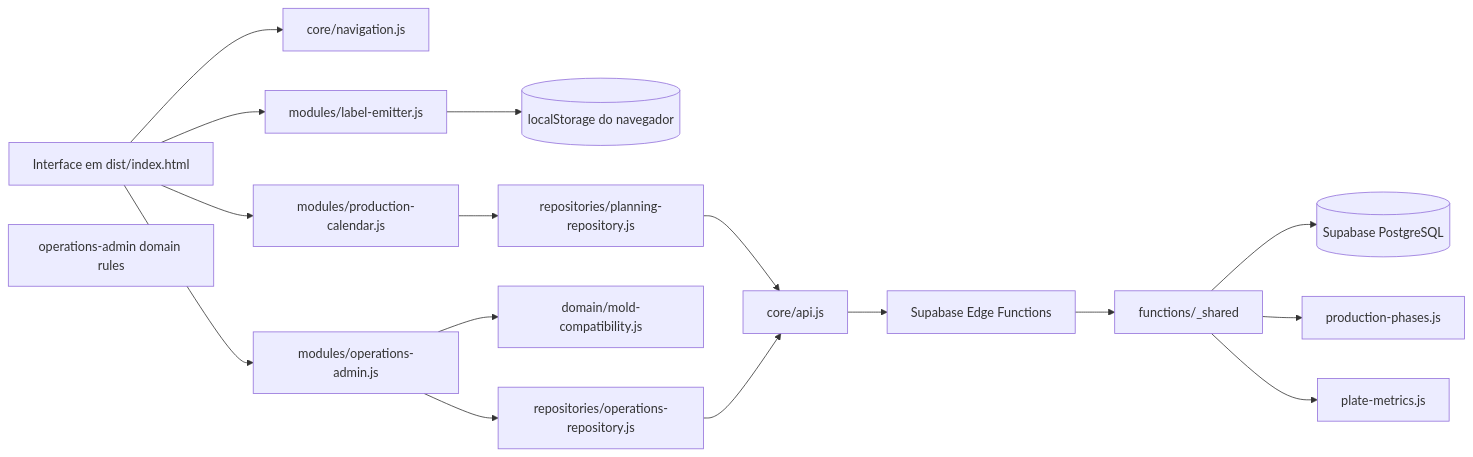
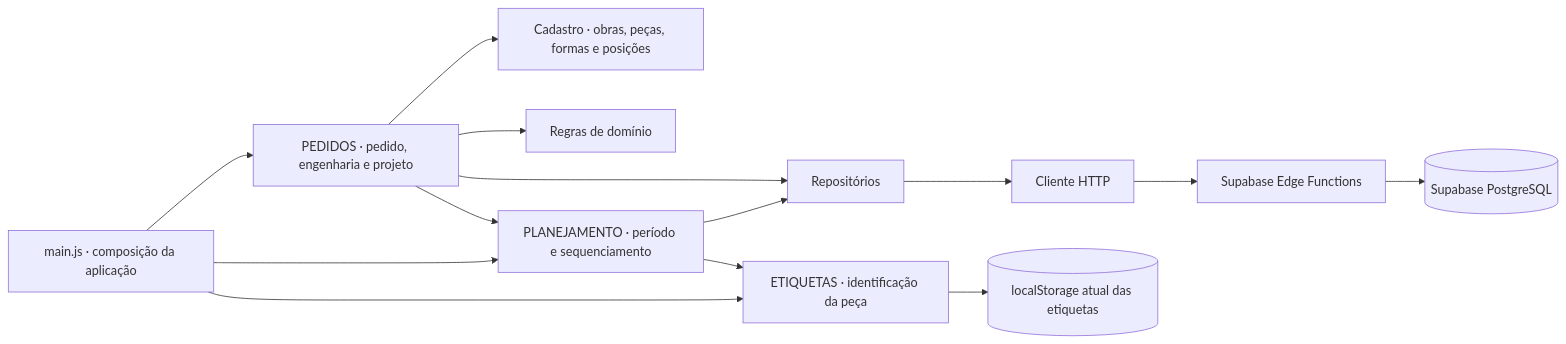
One commit to Prelux-Eng/preluxtag changed the diagram in docs/ARCHITECTURE.md. Above: the diagram before and after it, drawn with Mermaid. The commit also changed other lines of this file and 31 other files, not shown here.

````diff
--- a/docs/ARCHITECTURE.md
+++ b/docs/ARCHITECTURE.md
@@ -7,35 +29,28 @@
 ```mermaid
 flowchart LR
-  UI[Interface em dist/index.html]
-  NAV[core/navigation.js]
-  LABEL[modules/label-emitter.js]
-  PLAN[modules/production-calendar.js]
-  OPS[modules/operations-admin.js]
-  DOMAIN[domain/mold-compatibility.js]
-  OPSDOM[operations-admin domain rules]
-  PREPO[repositories/planning-repository.js]
-  OREPO[repositories/operations-repository.js]
-  API[core/api.js]
+  MAIN[main.js · composição da aplicação]
+  ORDERS[PEDIDOS · pedido, engenharia e projeto]
+  CADASTRO[Cadastro · obras, peças, formas e posições]
+  PLAN[PLANEJAMENTO · período e sequenciamento]
+  LABEL[ETIQUETAS · identificação da peça]
+  DOMAIN[Regras de domínio]
+  REPOS[Repositórios]
+  API[Cliente HTTP]
   EDGE[Supabase Edge Functions]
-  SHARED[functions/_shared]
-  PHASES[production-phases.js]
-  PLATE[plate-metrics.js]
   DB[(Supabase PostgreSQL)]
-  LOCAL[(localStorage do navegador)]
+  LOCAL[(localStorage atual das etiquetas)]
 
-  UI --> NAV
-  UI --> LABEL
-  UI --> PLAN
-  UI --> OPS
-  OPS --> DOMAIN
-  PLAN --> PREPO
-  OPS --> OREPO
-  PREPO --> API
-  OREPO --> API
+  MAIN --> ORDERS
+  MAIN --> PLAN
+  MAIN --> LABEL
+  ORDERS --> CADASTRO
+  ORDERS --> DOMAIN
+  PLAN --> REPOS
+  ORDERS --> REPOS
+  REPOS --> API
   API --> EDGE
-  EDGE --> SHARED
-  SHARED --> DB
-  SHARED --> PHASES
-  SHARED --> PLATE
+  EDGE --> DB
   LABEL --> LOCAL
+  ORDERS --> PLAN
+  PLAN --> LABEL
 ```
````
